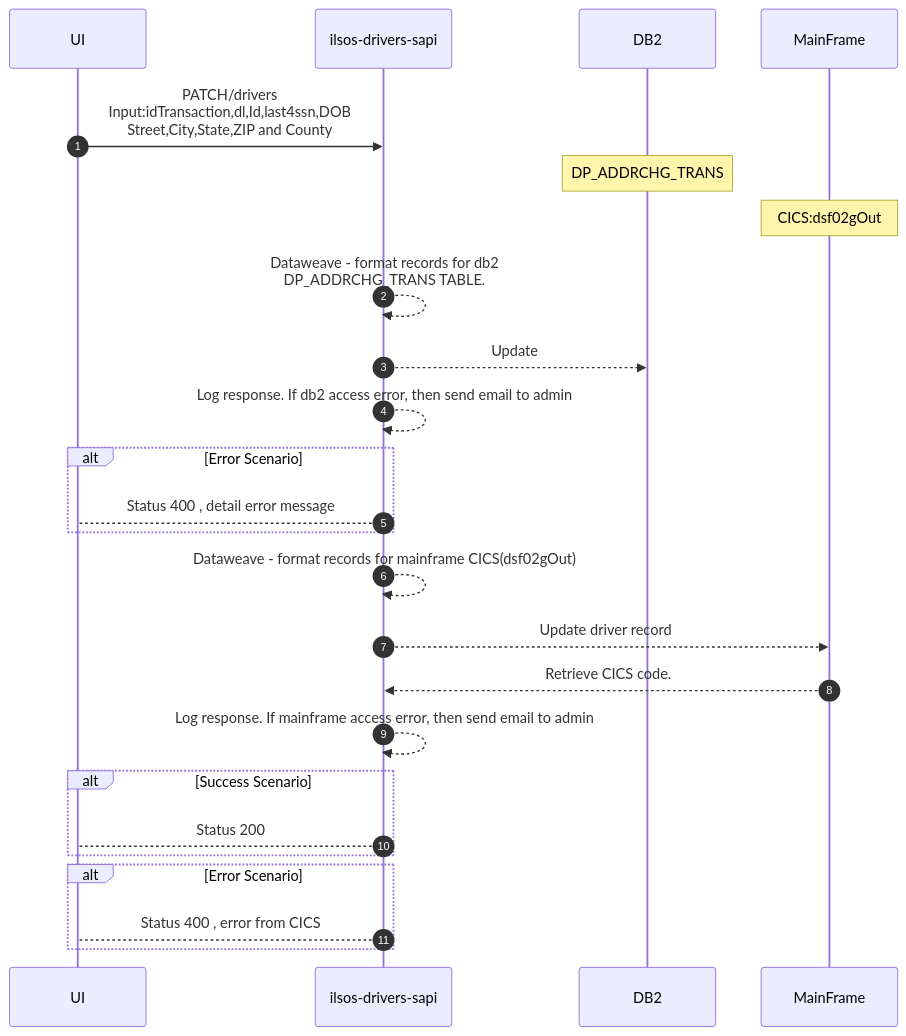
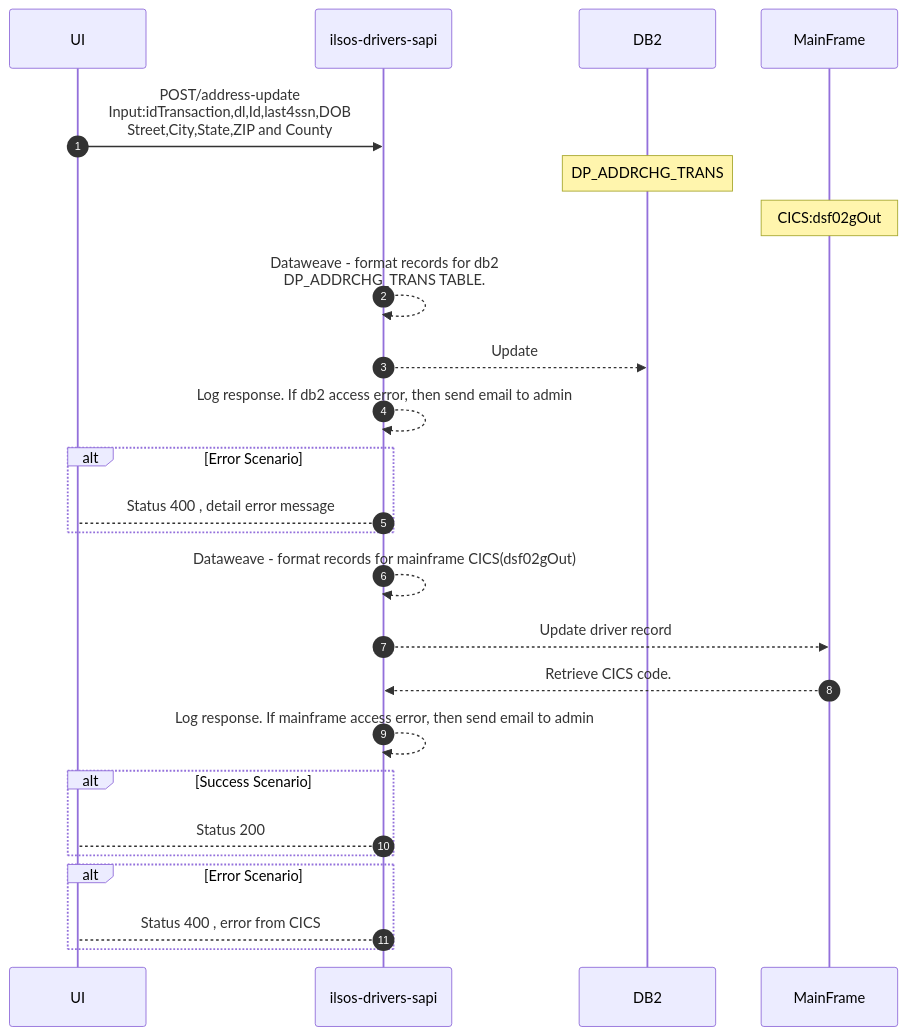
Before and after one commit to acme-devs/ilsos-drivers-sapi: the first of 4 diagrams in README.md, drawn with Mermaid. The commit also changed other lines of this file, not shown here.

````diff
--- a/README.md
+++ b/README.md
@@ -31,28 +31,28 @@
 ```mermaid
 sequenceDiagram
     autonumber
     participant ui as UI
     participant api as ilsos-drivers-sapi
     participant db2 as DB2
     participant mainframe as MainFrame
 
-    ui->>api:PATCH/drivers <br>Input:idTransaction,dl,Id,last4ssn,DOB<br>Street,City,State,ZIP and County
+    ui->>api:POST/address-update <br>Input:idTransaction,dl,Id,last4ssn,DOB<br>Street,City,State,ZIP and County
     note over db2:DP_ADDRCHG_TRANS
     note over mainframe:CICS:dsf02gOut
     api-->>api:Dataweave - format records for db2<BR> DP_ADDRCHG_TRANS TABLE.
     api-->>db2:Update
     api-->>api:Log response. If db2 access error, then send email to admin
     alt Error Scenario 
         api-->ui: Status 400 , detail error message
     end
     api-->>api:Dataweave - format records for mainframe CICS(dsf02gOut)
     api-->>mainframe:Update driver record
     mainframe-->>api:Retrieve CICS code.
     api-->>api:Log response. If mainframe access error, then send email to admin
     alt Success Scenario 
         api-->ui: Status 200 
     end
     alt Error Scenario 
         api-->ui: Status 400 , error from CICS
     end
   ```
````
